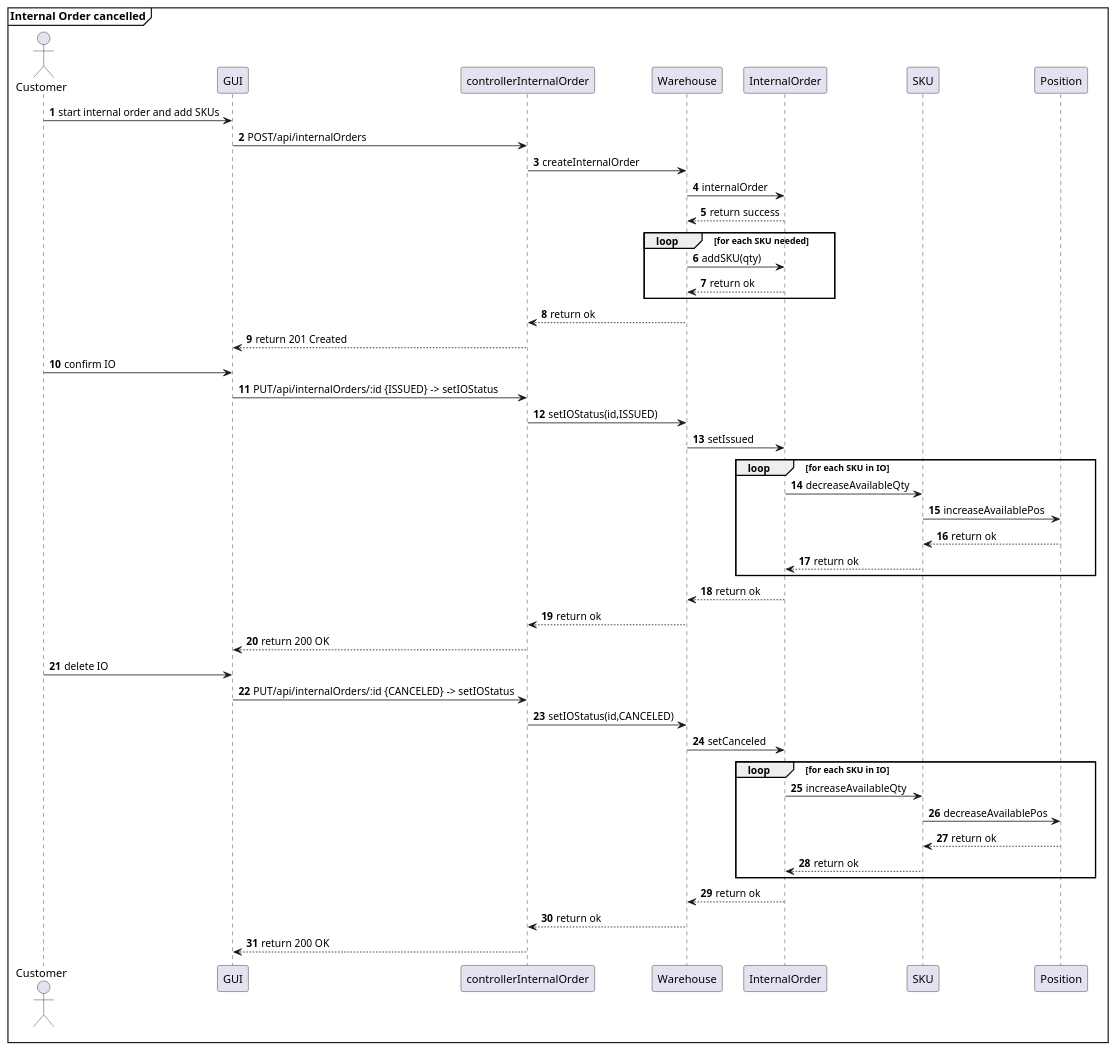
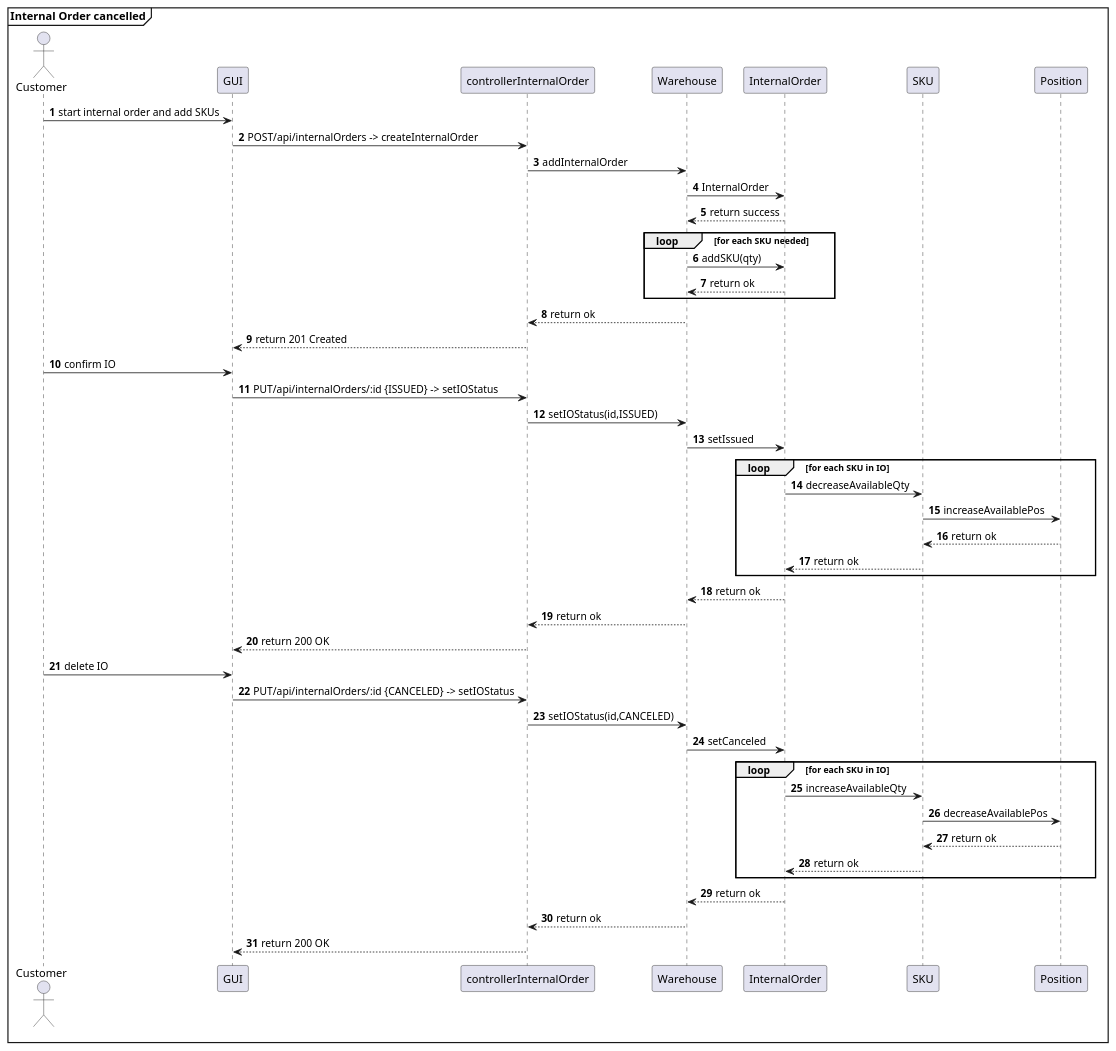
Diagram 24 of 30 in DesignDocument.md (AlexZampa/EzWh), drawn with PlantUML before and after one commit. The commit also changed other lines of this file, not shown here.

````diff
--- a/DesignDocument.md
+++ b/DesignDocument.md
@@ -1232,52 +1210,52 @@
 ```plantuml
 @startuml
 mainframe **Internal Order cancelled**
 actor Customer
 participant GUI
 participant controllerInternalOrder
 participant Warehouse
 participant InternalOrder
 participant SKU
 
 autonumber
 Customer -> GUI : start internal order and add SKUs
-GUI -> controllerInternalOrder : POST/api/internalOrders
-controllerInternalOrder -> Warehouse : createInternalOrder
-Warehouse -> InternalOrder : internalOrder
+GUI -> controllerInternalOrder : POST/api/internalOrders -> createInternalOrder 
+controllerInternalOrder -> Warehouse : addInternalOrder
+Warehouse -> InternalOrder : InternalOrder
 Warehouse <-- InternalOrder : return success
 loop for each SKU needed
   Warehouse -> InternalOrder : addSKU(qty)
   Warehouse <-- InternalOrder : return ok
 end loop
 controllerInternalOrder <-- Warehouse : return ok
 GUI <-- controllerInternalOrder : return 201 Created
 
 Customer -> GUI : confirm IO
 GUI -> controllerInternalOrder : PUT/api/internalOrders/:id {ISSUED} -> setIOStatus
 controllerInternalOrder -> Warehouse : setIOStatus(id,ISSUED)
 Warehouse -> InternalOrder : setIssued
 loop for each SKU in IO
   InternalOrder -> SKU : decreaseAvailableQty
   SKU -> Position : increaseAvailablePos
   SKU <-- Position : return ok
   InternalOrder <-- SKU : return ok
 end loop
 Warehouse <-- InternalOrder : return ok
 controllerInternalOrder <-- Warehouse : return ok
 GUI <-- controllerInternalOrder : return 200 OK
 
 Customer -> GUI : delete IO
 GUI -> controllerInternalOrder : PUT/api/internalOrders/:id {CANCELED} -> setIOStatus
 controllerInternalOrder -> Warehouse : setIOStatus(id,CANCELED)
 Warehouse -> InternalOrder : setCanceled
 loop for each SKU in IO
   InternalOrder -> SKU : increaseAvailableQty
   SKU -> Position : decreaseAvailablePos
   SKU <-- Position : return ok
   InternalOrder <-- SKU : return ok
 end loop
 Warehouse <-- InternalOrder : return ok
 controllerInternalOrder <-- Warehouse : return ok
 GUI <-- controllerInternalOrder : return 200 OK
 @enduml
 ```
````
